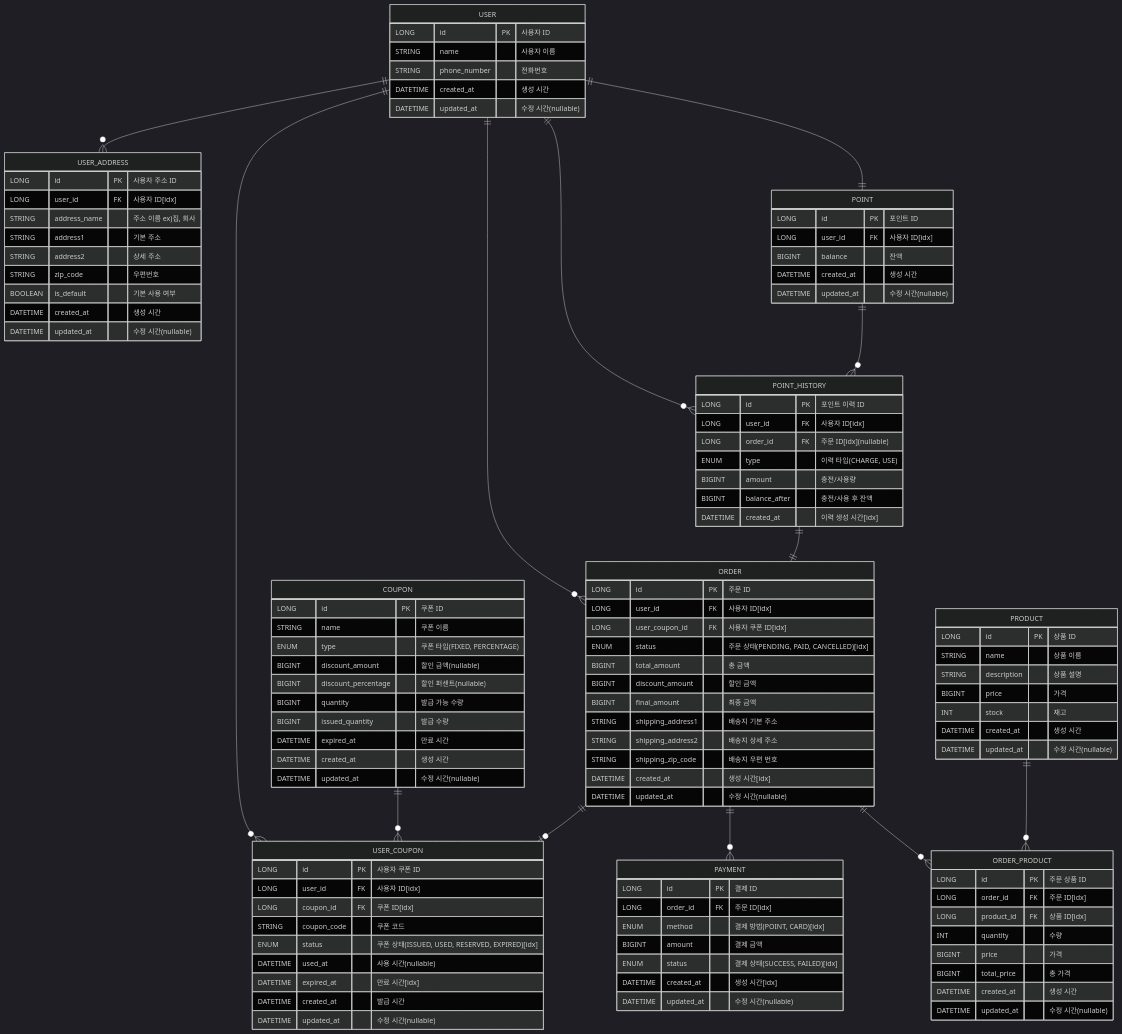
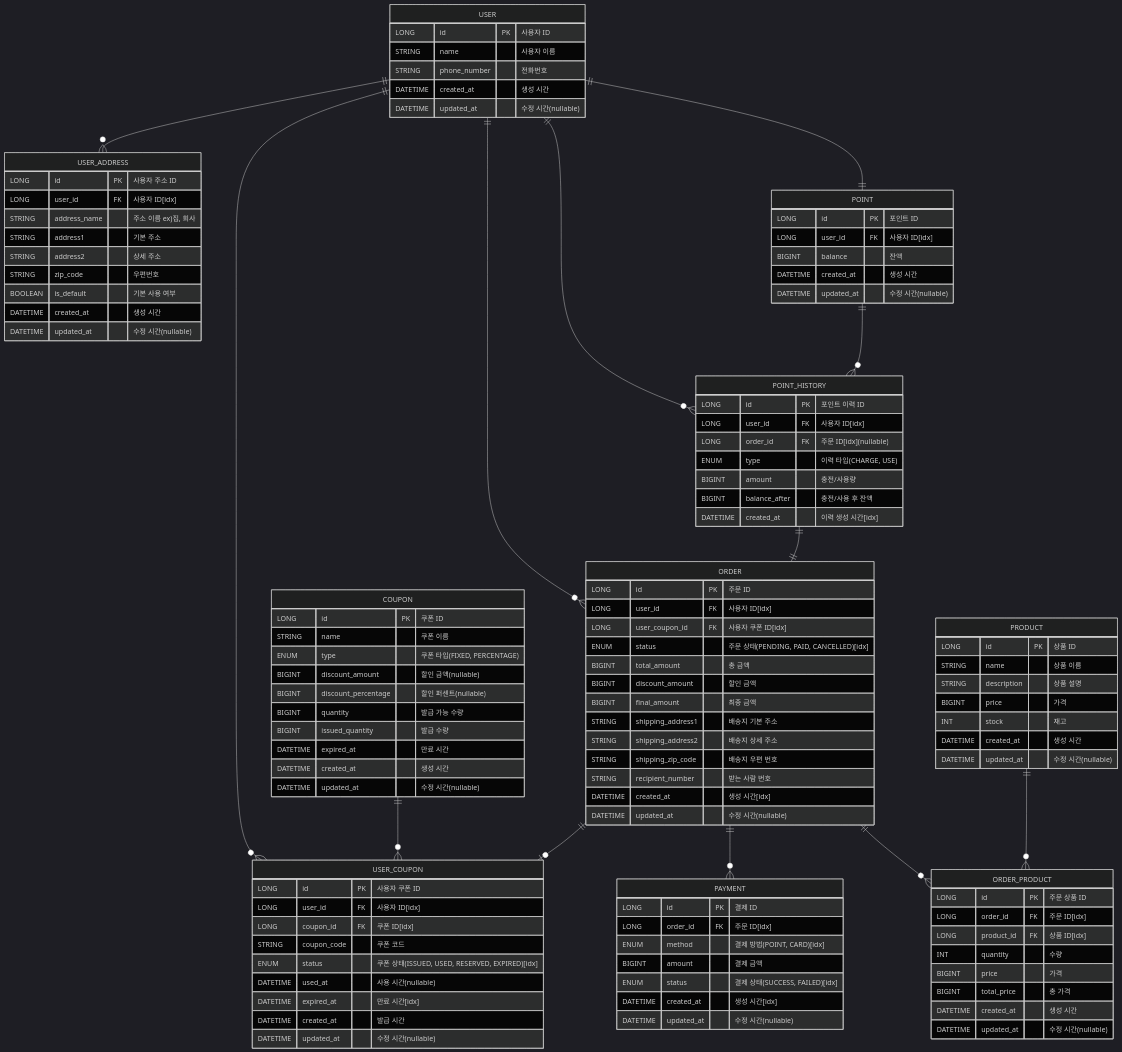
The diagram in docs/diagram/Entity-Relationship-Diagram.md (letter333/hhplus-be9-commerce), drawn with Mermaid (dark theme) before and after one commit. The commit also changed 11 other files, not shown here.

```diff
--- a/docs/diagram/Entity-Relationship-Diagram.md
+++ b/docs/diagram/Entity-Relationship-Diagram.md
@@ -77,6 +77,7 @@
         STRING shipping_address1 "배송지 기본 주소"
         STRING shipping_address2 "배송지 상세 주소"
         STRING shipping_zip_code "배송지 우편 번호"
+        STRING recipient_number "받는 사람 번호"
         DATETIME created_at "생성 시간[idx]"
         DATETIME updated_at "수정 시간(nullable)"
     }
```
